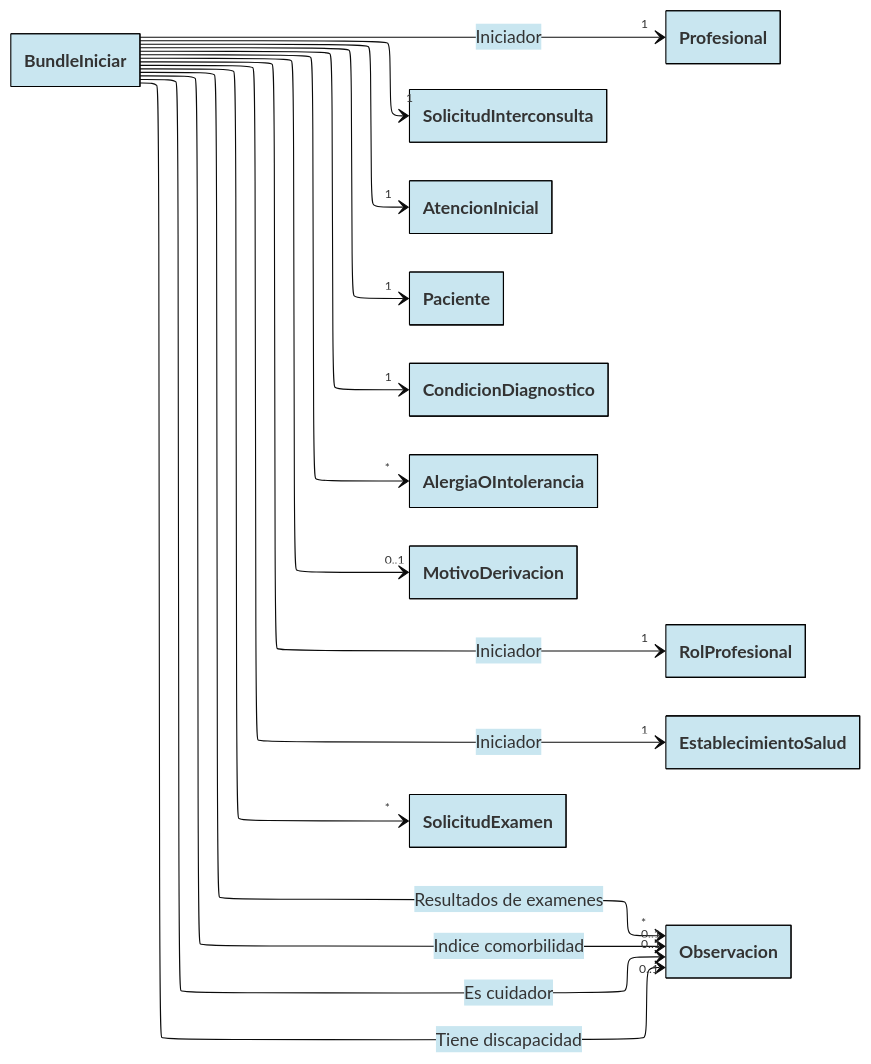
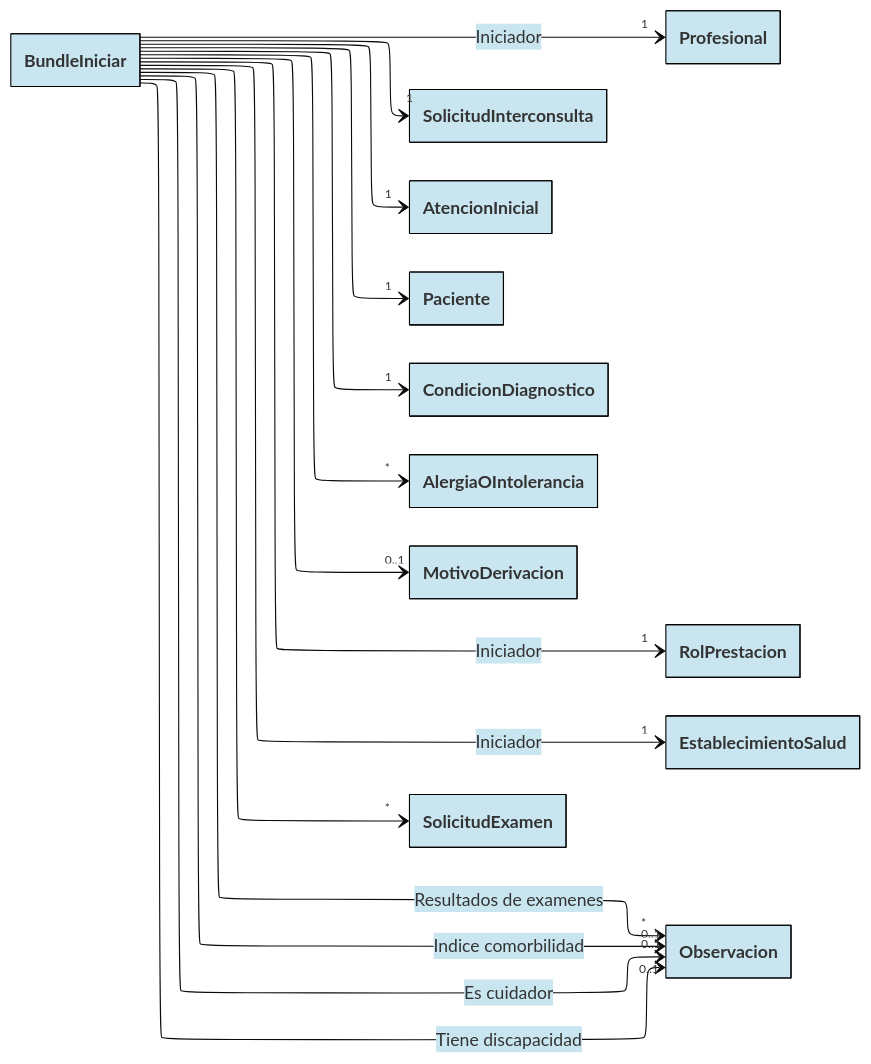
One commit to chris-f23/diagramas-fhir-tei changed the diagram in docs/bundles/1.BundleIniciar.mmd. Above: the diagram before and after it, drawn with Mermaid. The commit also changed 7 other files, not shown here.

Commit message:
Agrega "bundle agendar" - Corrige "RolProfesional" por "RolPrestacion" - Corrige "Profesional" por "Prestador" - Agrega "PrestadorProfesional" y "PrestadorAdministrativo"

```diff
--- a/docs/bundles/1.BundleIniciar.mmd
+++ b/docs/bundles/1.BundleIniciar.mmd
@@ -1,84 +1,84 @@
 ---
 config:
   layout: elk
   theme: base
   class:
     hideEmptyMembersBox: true
   themeVariables:
     primaryBorderColor: "#000000"
     primaryColor: "#C9E6F0"
 ---
 
 classDiagram
 direction LR
 
 
 
 class Profesional { }
-class RolProfesional { }
+class RolPrestacion { }
 class EstablecimientoSalud { }
 
 
 
 
 
 BundleIniciar --> "1" SolicitudInterconsulta
 link SolicitudInterconsulta "https://github.com/chris-f23/diagramas-fhir-tei/blob/main/docs/SolicitudInterconsulta.mmd"
 
 BundleIniciar --> "1" AtencionInicial
 link AtencionInicial "https://github.com/chris-f23/diagramas-fhir-tei/blob/main/docs/AtencionInicial.mmd"
 
 BundleIniciar --> "1" Paciente
 link Paciente "https://github.com/chris-f23/diagramas-fhir-tei/blob/main/docs/Paciente.mmd"
 
 BundleIniciar --> "1" CondicionDiagnostico
 link CondicionDiagnostico "https://github.com/chris-f23/diagramas-fhir-tei/blob/main/docs/CondicionDiagnostico.mmd"
 
 BundleIniciar --> "0..1" Observacion: Indice comorbilidad
 BundleIniciar --> "0..1" Observacion: Es cuidador
 BundleIniciar --> "0..1" Observacion: Tiene discapacidad
 BundleIniciar --> "*" Observacion: Resultados de examenes
 link Observacion "https://github.com/chris-f23/diagramas-fhir-tei/blob/main/docs/Observacion.mmd"
 
 BundleIniciar --> "*" AlergiaOIntolerancia
 link AlergiaOIntolerancia "https://github.com/chris-f23/diagramas-fhir-tei/blob/main/docs/AlergiaOIntolerancia.mmd"
 
 
 
-BundleIniciar --> "1" RolProfesional: Iniciador
-link RolProfesional "https://github.com/chris-f23/diagramas-fhir-tei/blob/main/docs/RolProfesional.mmd"
+BundleIniciar --> "1" RolPrestacion: Iniciador
+link RolPrestacion "https://github.com/chris-f23/diagramas-fhir-tei/blob/main/docs/RolPrestacion.mmd"
 
 BundleIniciar --> "1" Profesional: Iniciador
-link Profesional "https://github.com/chris-f23/diagramas-fhir-tei/blob/main/docs/Profesional.mmd"
+link Profesional "https://github.com/chris-f23/diagramas-fhir-tei/blob/main/docs/Prestador.mmd"
 
 BundleIniciar --> "1" EstablecimientoSalud: Iniciador
 link EstablecimientoSalud "https://github.com/chris-f23/diagramas-fhir-tei/blob/main/docs/EstablecimientoSalud.mmd"
 
 BundleIniciar --> "0..1" MotivoDerivacion
 link MotivoDerivacion "https://github.com/chris-f23/diagramas-fhir-tei/blob/main/docs/MotivoDerivacion.mmd"
 
 BundleIniciar --> "*" SolicitudExamen
 link SolicitudExamen "https://github.com/chris-f23/diagramas-fhir-tei/blob/main/docs/SolicitudExamen.mmd"
 
 
-%% RolProfesional ..> "1" EstablecimientoSalud
-%% RolProfesional ..> "1" Profesional
+%% RolPrestacion ..> "1" EstablecimientoSalud
+%% RolPrestacion ..> "1" Profesional
 
 %% SolicitudInterconsulta ..> "1" Paciente: Subject
 %% SolicitudInterconsulta ..> "0..1" AtencionInicial: Encounter
-%% SolicitudInterconsulta ..> "0..1" RolProfesional: Requester
+%% SolicitudInterconsulta ..> "0..1" RolPrestacion: Requester
 
 
 %% AtencionInicial ..> "1" Paciente: Subject
 %% AtencionInicial ..> "1" CondicionDiagnostico: Diagnostico de inicio
 
 
 
 %% SolicitudInterconsulta ..> "0..1" CondicionDiagnostico: Diagnostico de inicio
 %% SolicitudInterconsulta ..> "*" AlergiaOIntolerancia: Alergias
 %% SolicitudInterconsulta ..> "0..1" Observacion: Indice de comorbilidad
 %% SolicitudInterconsulta ..> "0..1" Observacion: Es cuidador
 %% SolicitudInterconsulta ..> "0..1" Observacion: Tiene discapacidad
 %% SolicitudInterconsulta ..> "0..1" MotivoDerivacion: Motivo de derivación
 %% SolicitudInterconsulta ..> "*" SolicitudExamen: Solicitudes de examenes
 %% SolicitudInterconsulta ..> "*" Observacion: Resultados de examenes
```
